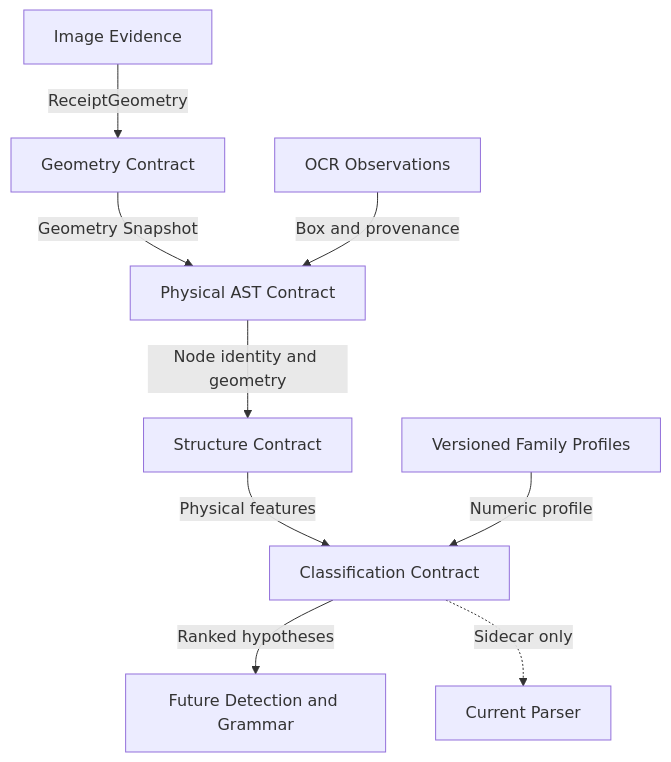
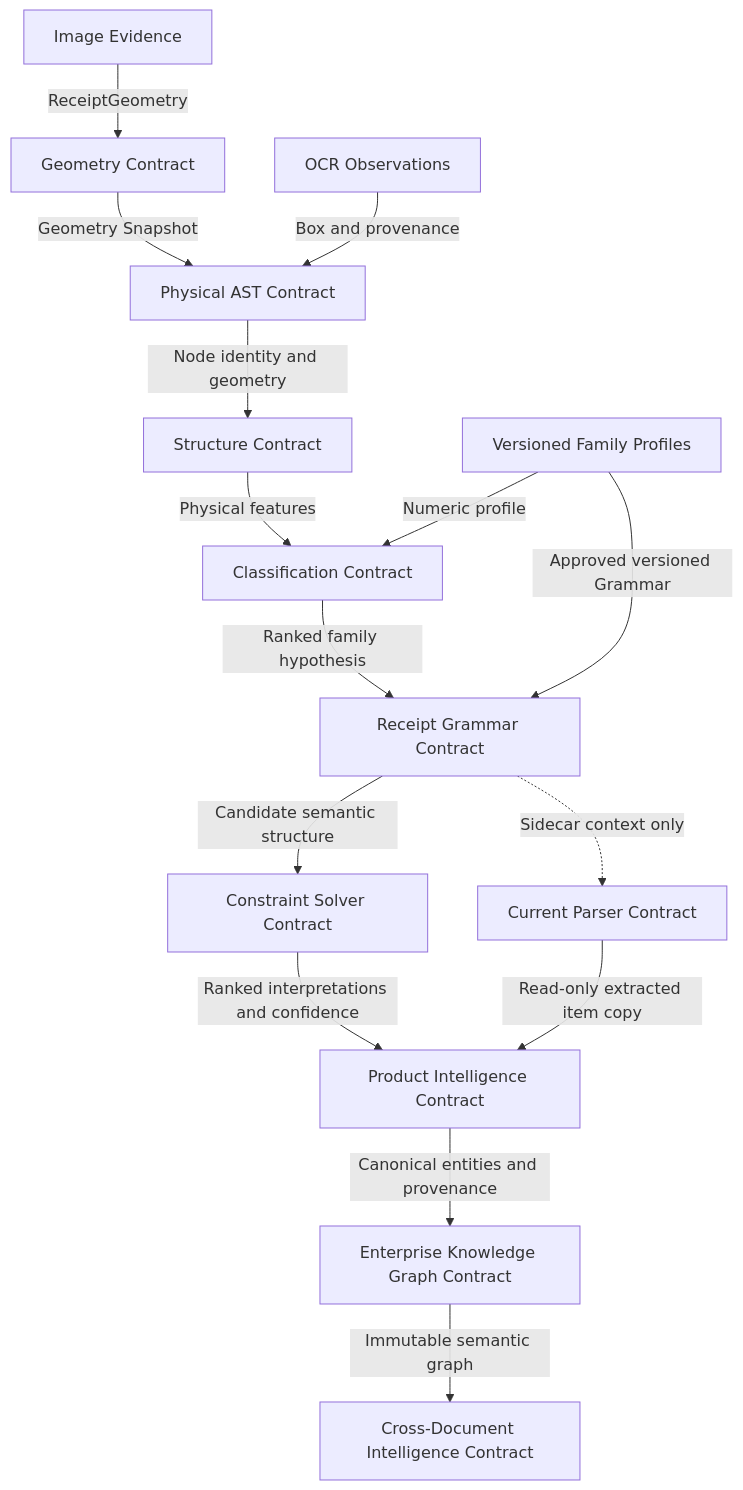
One commit to rchalicham/ai-backend changed the sixth of 20 diagrams in docs/Enterprise-Architecture/Receipt-Intelligence-Enterprise-Architecture.md. Above: the diagram before and after it, drawn with Mermaid. The commit also changed other lines of this file and 330 other files, not shown here.

Commit message:
Add enterprise receipt intelligence frameworks

````diff
--- a/docs/Enterprise-Architecture/Receipt-Intelligence-Enterprise-Architecture.md
+++ b/docs/Enterprise-Architecture/Receipt-Intelligence-Enterprise-Architecture.md
@@ -468,11 +739,17 @@
 ```mermaid
 flowchart TD
     image["Image Evidence"] -->|"ReceiptGeometry"| geometry["Geometry Contract"]
     geometry -->|"Geometry Snapshot"| dom["Physical AST Contract"]
     ocr["OCR Observations"] -->|"Box and provenance"| dom
     dom -->|"Node identity and geometry"| structure["Structure Contract"]
     structure -->|"Physical features"| classification["Classification Contract"]
     knowledge["Versioned Family Profiles"] -->|"Numeric profile"| classification
-    classification -->|"Ranked hypotheses"| future["Future Detection and Grammar"]
-    classification -.->|"Sidecar only"| parser["Current Parser"]
+    classification -->|"Ranked family hypothesis"| grammar["Receipt Grammar Contract"]
+    knowledge -->|"Approved versioned Grammar"| grammar
+    grammar -.->|"Sidecar context only"| parser["Current Parser"]
+    grammar -->|"Candidate semantic structure"| constraints["Constraint Solver Contract"]
+    constraints -->|"Ranked interpretations and confidence"| products["Product Intelligence Contract"]
+    parser["Current Parser Contract"] -->|"Read-only extracted item copy"| products
+    products -->|"Canonical entities and provenance"| ekg["Enterprise Knowledge Graph Contract"]
+    ekg -->|"Immutable semantic graph"| cdif["Cross-Document Intelligence Contract"]
 ```
````
